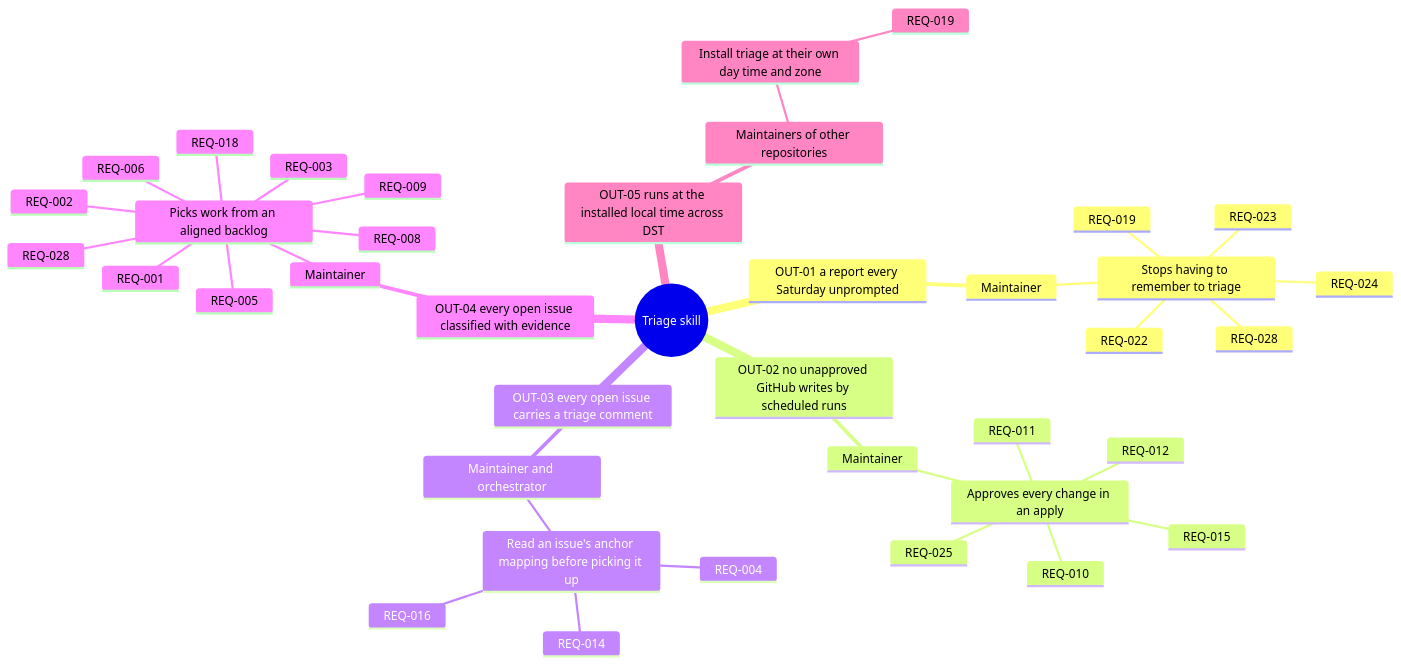
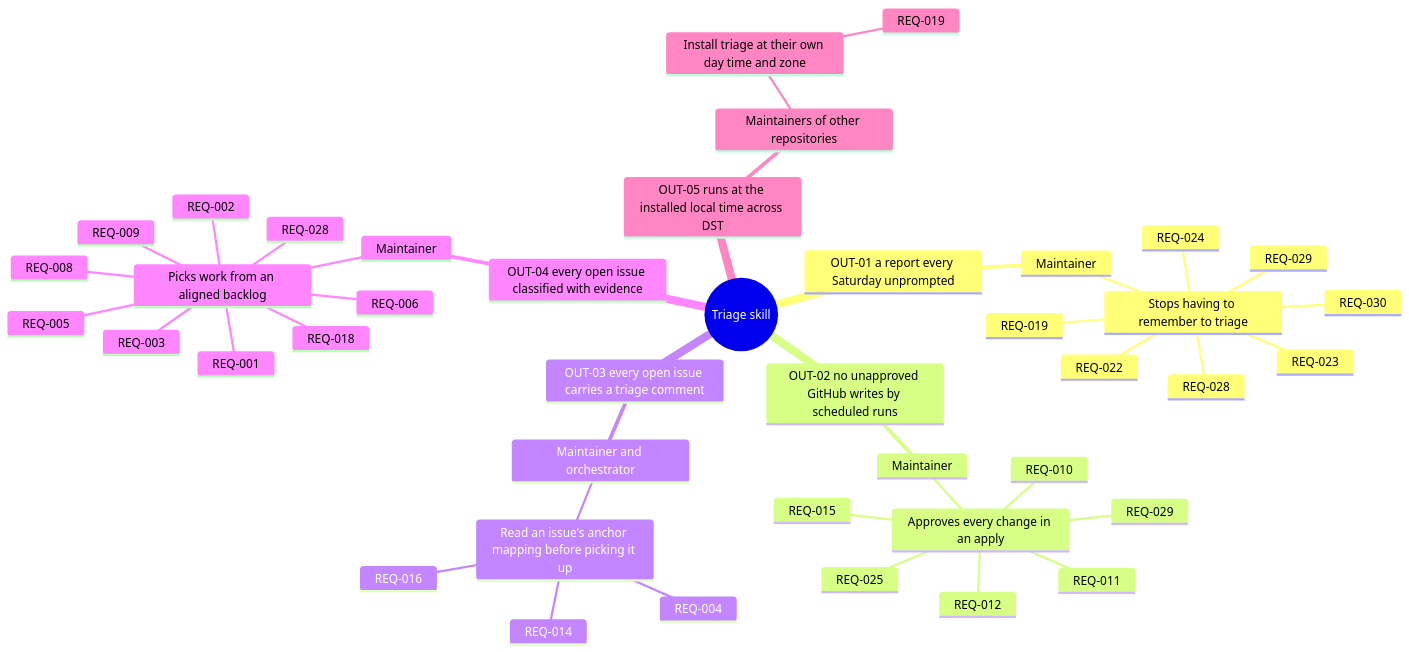
One commit to dkoenawan/compass-labs changed the first of 4 diagrams in docs/sessions/2026-11-14-triage-skill/define/diagrams.md. Above: the diagram before and after it, drawn with Mermaid. The commit also changed other lines of this file and 6 other files, not shown here.

````diff
--- a/docs/sessions/2026-11-14-triage-skill/define/diagrams.md
+++ b/docs/sessions/2026-11-14-triage-skill/define/diagrams.md
@@ -8,42 +8,45 @@
 ```mermaid
 mindmap
   root((Triage skill))
     OUT-01 a report every Saturday unprompted
       Maintainer
         Stops having to remember to triage
           REQ-019
           REQ-028
           REQ-022
           REQ-023
           REQ-024
+          REQ-029
+          REQ-030
     OUT-02 no unapproved GitHub writes by scheduled runs
       Maintainer
         Approves every change in an apply
           REQ-010
           REQ-011
           REQ-012
           REQ-015
           REQ-025
+          REQ-029
     OUT-03 every open issue carries a triage comment
       Maintainer and orchestrator
         Read an issue's anchor mapping before picking it up
           REQ-004
           REQ-014
           REQ-016
     OUT-04 every open issue classified with evidence
       Maintainer
         Picks work from an aligned backlog
           REQ-001
           REQ-002
           REQ-003
           REQ-005
           REQ-006
           REQ-008
           REQ-009
           REQ-018
           REQ-028
     OUT-05 runs at the installed local time across DST
       Maintainers of other repositories
         Install triage at their own day time and zone
           REQ-019
 ```
````
